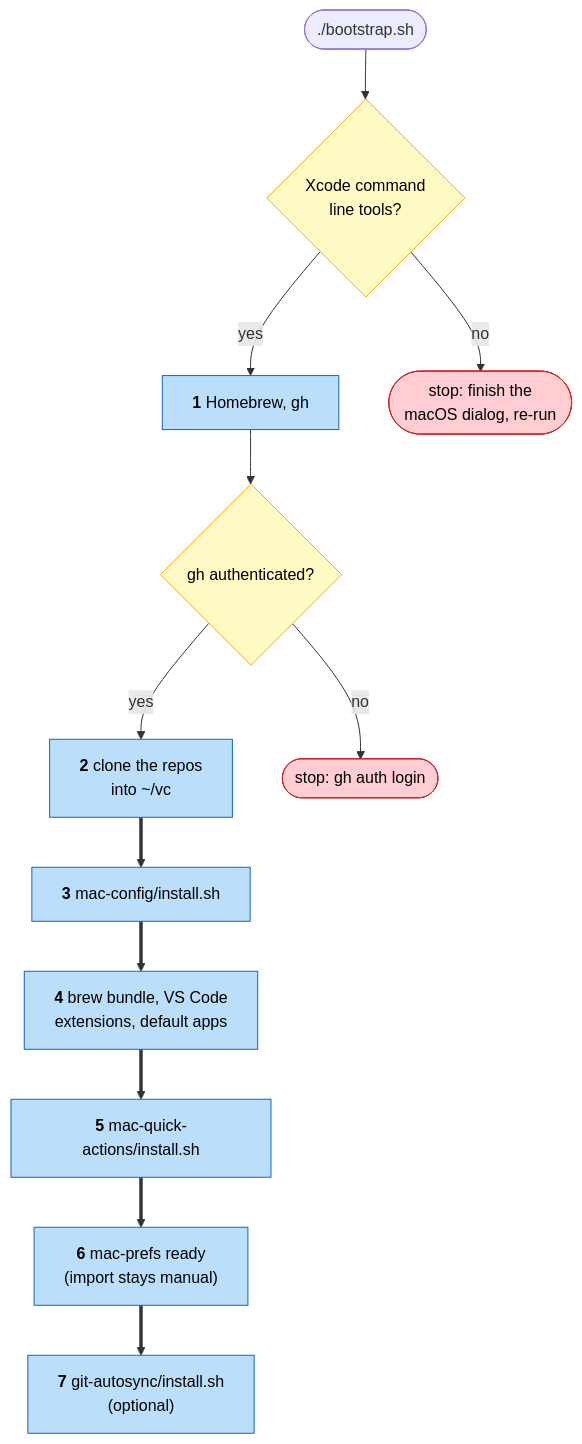
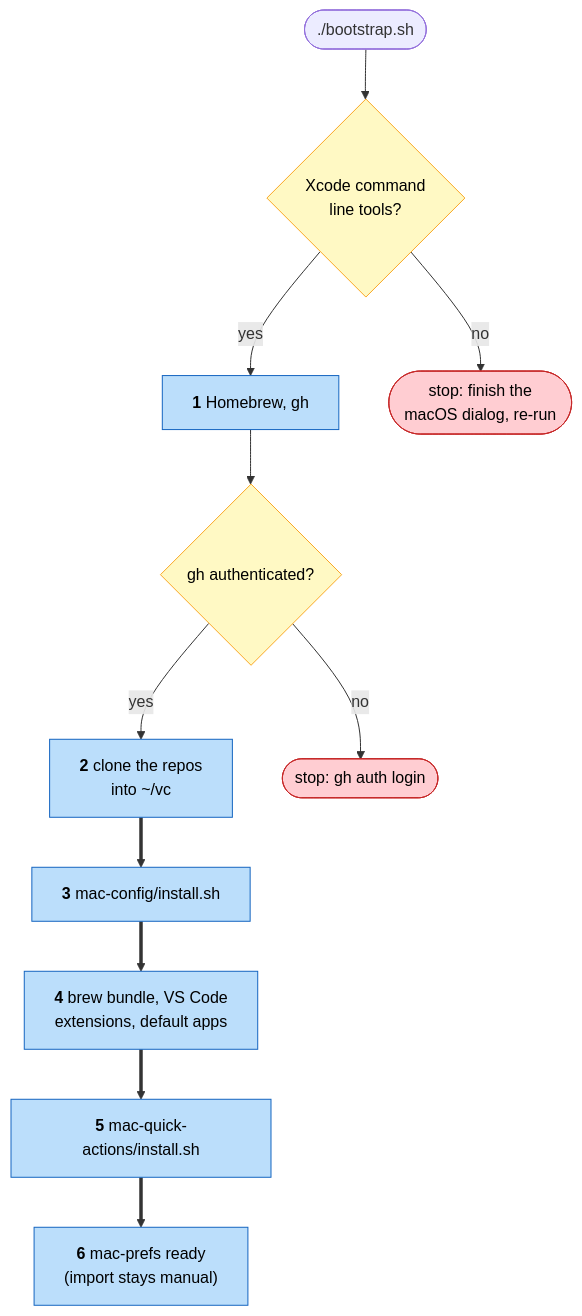
Before and after one commit to tiavelum/mac-bootstrap: the diagram in README.md, drawn with Mermaid. The commit also changed other lines of this file and 1 other file, not shown here.

First line of the commit message:
chore: remove the git-autosync stage from the bootstrap

````diff
--- a/README.md
+++ b/README.md
@@ -55,36 +55,34 @@
 ```mermaid
 flowchart TB
   S(["`./bootstrap.sh`"])
   X1{"`Xcode command
   line tools?`"}
   BREW["`**1** Homebrew, gh`"]
   X2{"`gh authenticated?`"}
   CLONE["`**2** clone the repos
   into ~/vc`"]
   WIRE["`**3** mac-config/install.sh`"]
   APPS["`**4** brew bundle, VS Code
   extensions, default apps`"]
   TOOLS["`**5** mac-quick-actions/install.sh`"]
   PREFS["`**6** mac-prefs ready
   (import stays manual)`"]
-  TRANS["`**7** git-autosync/install.sh
-  (optional)`"]
   STOP1(["`stop: finish the
   macOS dialog, re-run`"])
   STOP2(["`stop: gh auth login`"])
 
   S --> X1
   X1 -->|no| STOP1
   X1 -->|yes| BREW
   BREW --> X2
   X2 -->|no| STOP2
   X2 -->|yes| CLONE
-  CLONE ==> WIRE ==> APPS ==> TOOLS ==> PREFS ==> TRANS
+  CLONE ==> WIRE ==> APPS ==> TOOLS ==> PREFS
 
   classDef stop fill:#FFCDD2,stroke:#C62828,color:#000
   classDef gate fill:#FFF9C4,stroke:#F9A825,color:#000
   classDef step fill:#BBDEFB,stroke:#1565C0,color:#000
   class STOP1,STOP2 stop
   class X1,X2 gate
-  class BREW,CLONE,WIRE,APPS,TOOLS,PREFS,TRANS step
+  class BREW,CLONE,WIRE,APPS,TOOLS,PREFS step
 ```
````
